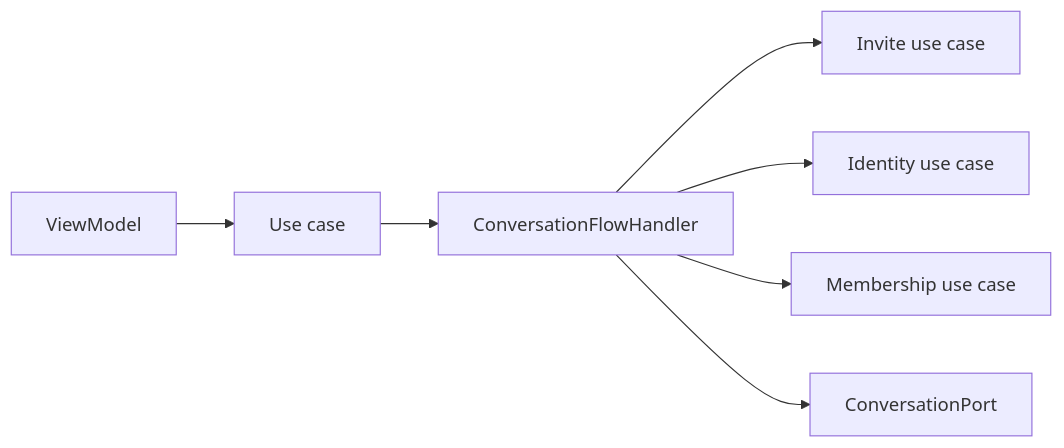
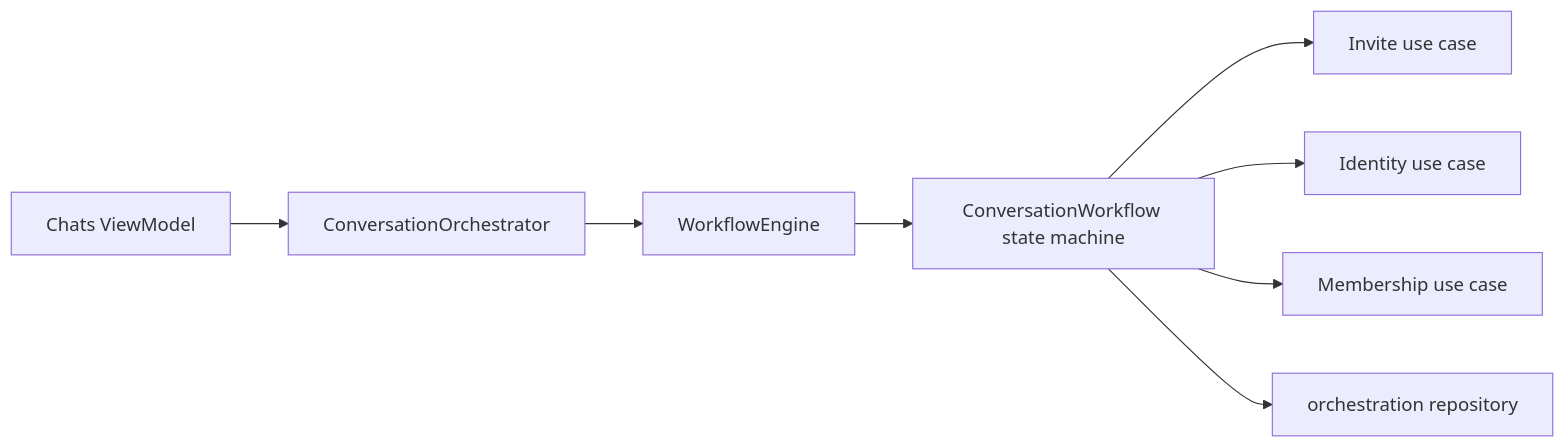
Before and after one commit to cbgm/Sparrow: the diagram in docs/architecture/dependency-rules.md, drawn with Mermaid. The commit also changed other lines of this file and 1098 other files, not shown here.

````diff
--- a/docs/architecture/dependency-rules.md
+++ b/docs/architecture/dependency-rules.md
@@ -41,9 +41,10 @@
 ```mermaid
 flowchart LR
-    UI[ViewModel] --> UC[Use case]
-    UC --> FLOW[ConversationFlowHandler]
+    UI[Chats ViewModel] --> ORCH[ConversationOrchestrator]
+    ORCH --> ENG[WorkflowEngine]
+    ENG --> FLOW[ConversationWorkflow state machine]
     FLOW --> IUC[Invite use case]
     FLOW --> IDUC[Identity use case]
     FLOW --> MUC[Membership use case]
-    FLOW --> PORT[ConversationPort]
+    FLOW --> REPO[orchestration repository]
 ```
````
